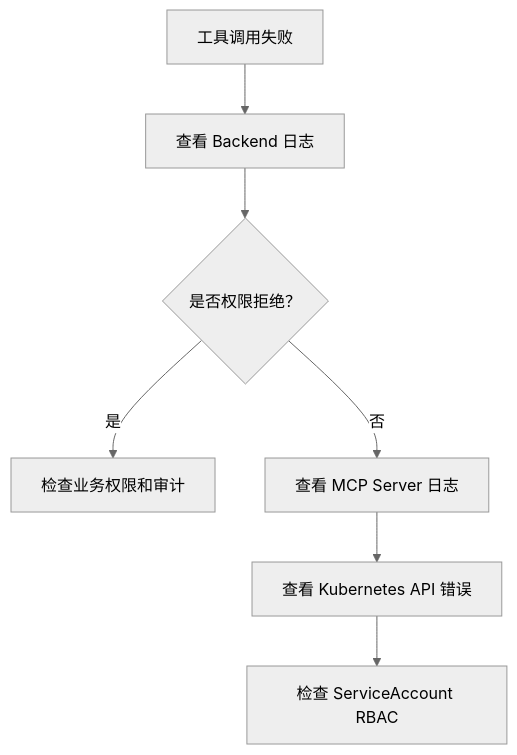
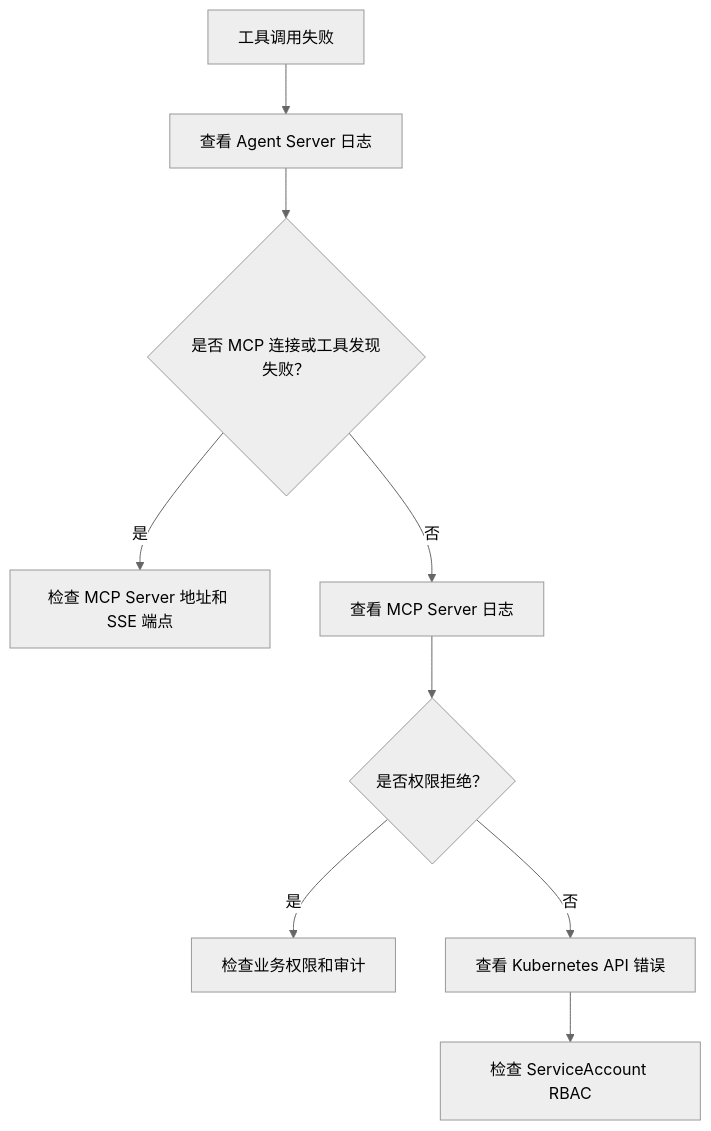
One commit to ZhaoXiangHeng/k8s-agent changed the fourth of 4 diagrams in docs/operations/observability-and-troubleshooting.md. Above: the diagram before and after it, drawn with Mermaid (neutral theme). The commit also changed other lines of this file and 128 other files, not shown here.

````diff
--- a/docs/operations/observability-and-troubleshooting.md
+++ b/docs/operations/observability-and-troubleshooting.md
@@ -134,9 +142,11 @@
 ```mermaid
 flowchart TD
-  A["工具调用失败"] --> B["查看 Backend 日志"]
-  B --> C{"是否权限拒绝？"}
-  C -- "是" --> D["检查业务权限和审计"]
+  A["工具调用失败"] --> B["查看 Agent Server 日志"]
+  B --> C{"是否 MCP 连接或工具发现失败？"}
+  C -- "是" --> D["检查 MCP Server 地址和 SSE 端点"]
   C -- "否" --> E["查看 MCP Server 日志"]
-  E --> F["查看 Kubernetes API 错误"]
-  F --> G["检查 ServiceAccount RBAC"]
+  E --> F{"是否权限拒绝？"}
+  F -- "是" --> G["检查业务权限和审计"]
+  F -- "否" --> H["查看 Kubernetes API 错误"]
+  H --> I["检查 ServiceAccount RBAC"]
 ```
````
